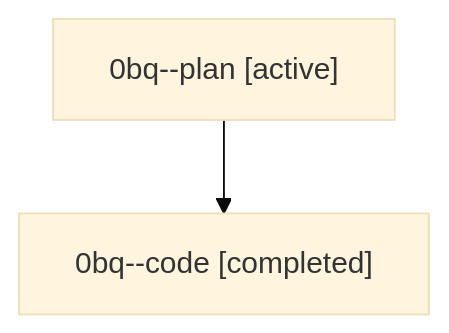
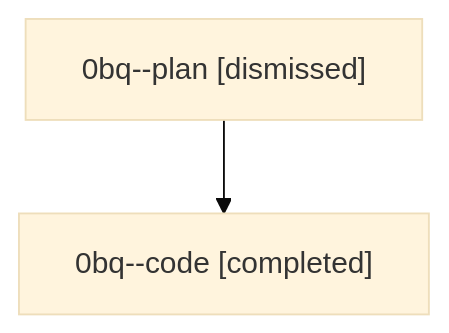
One commit to sase-org/sase--agents changed the diagram in sessions/bbugyi200.athena.0bq.md. Above: the diagram before and after it, drawn with Mermaid (base theme). The commit also changed other lines of this file and 33 other files, not shown here.

````diff
--- a/sessions/bbugyi200.athena.0bq.md
+++ b/sessions/bbugyi200.athena.0bq.md
@@ -9,6 +9,6 @@
 ```mermaid
 flowchart TD
-  n0["0bq--plan [active]"]
+  n0["0bq--plan [dismissed]"]
   n1["0bq--code [completed]"]
   n0 --> n1
 ```
````
